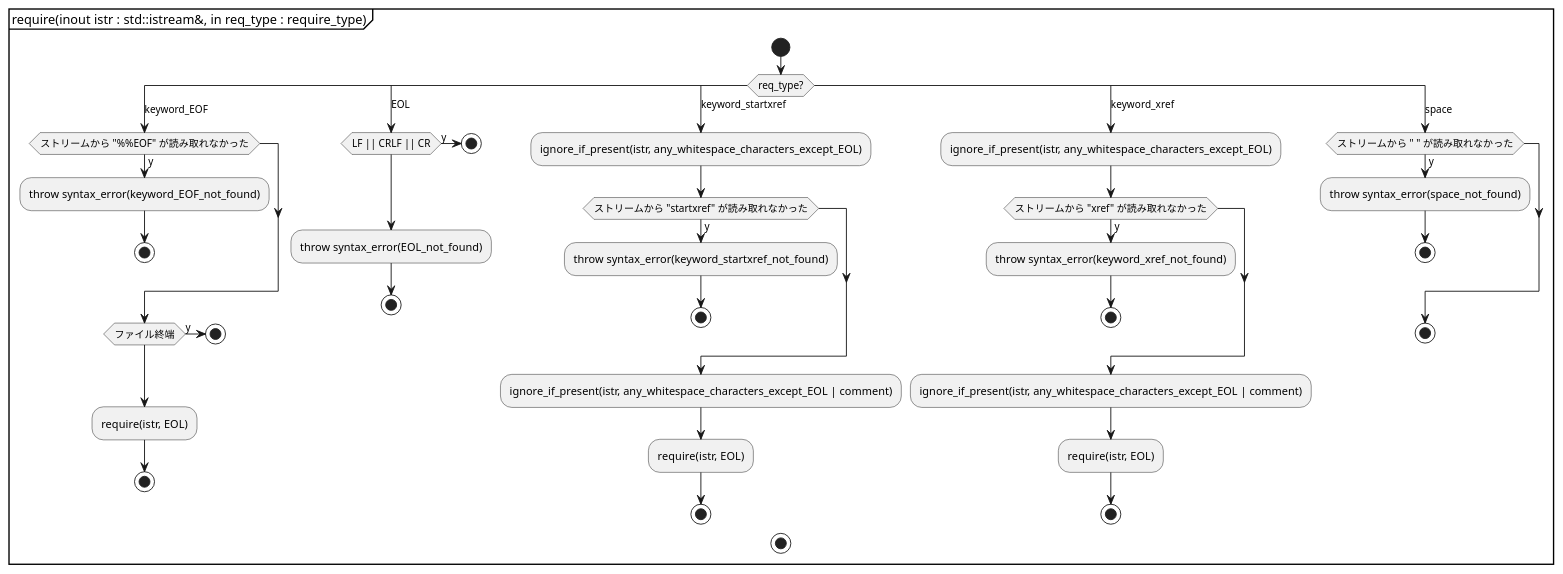
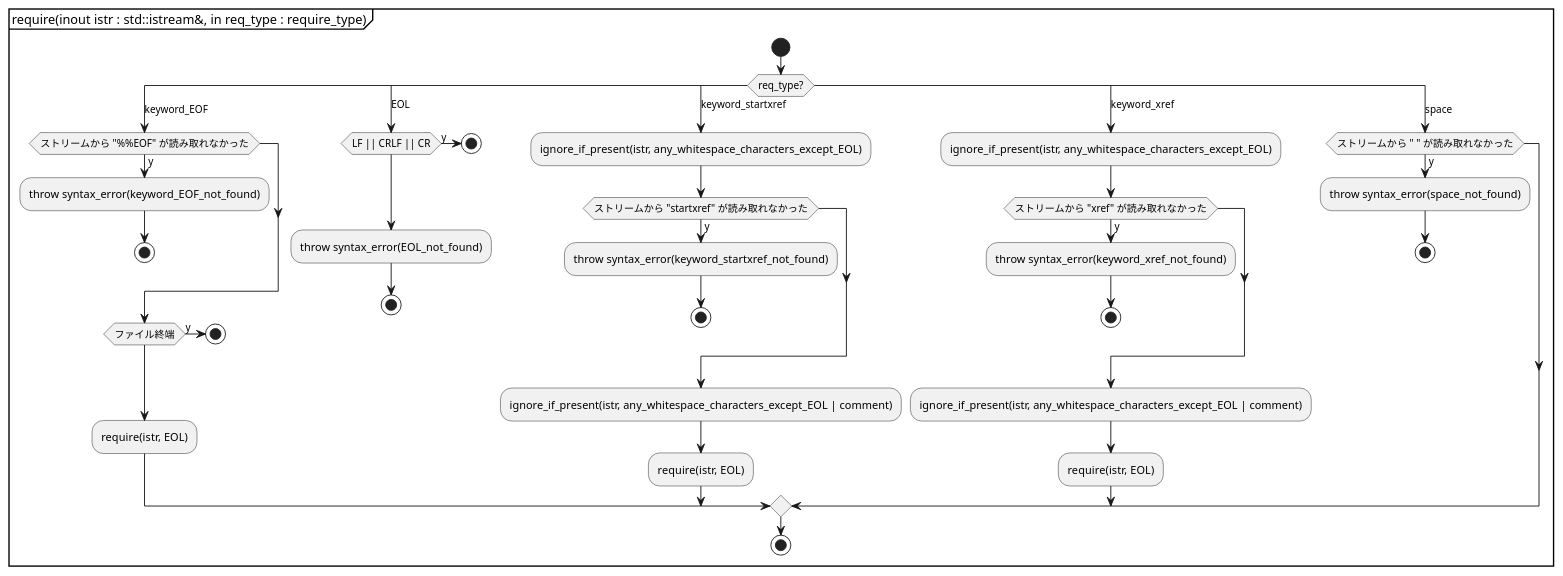
The eighth of 11 diagrams in document/parser.activity.pu (KodaiYM/PDFReader), drawn with PlantUML before and after one commit. The commit also changed 4 other files, not shown here.

```diff
--- a/document/parser.activity.pu
+++ b/document/parser.activity.pu
@@ -164,51 +164,47 @@
 @startuml require
 partition "require(inout istr : std::istream&, in req_type : require_type)" {
 start
 	switch (req_type?)
 	case (keyword_EOF)
 		if (ストリームから "%%EOF" が読み取れなかった) then (y)
 			:throw syntax_error(keyword_EOF_not_found);
 			stop
 		endif
 
 		if (ファイル終端) then (y)
 			stop
 		endif
 
 		:require(istr, EOL);
-		stop
 	case (EOL)
 		if (LF || CRLF || CR) then (y)
 			stop
 		endif
 
 		:throw syntax_error(EOL_not_found);
 		stop
 	case (keyword_startxref)
 		:ignore_if_present(istr, any_whitespace_characters_except_EOL);
 		if (ストリームから "startxref" が読み取れなかった) then (y)
 			:throw syntax_error(keyword_startxref_not_found);
 			stop
 		endif
 		:ignore_if_present(istr, any_whitespace_characters_except_EOL | comment);
 		:require(istr, EOL);
-		stop
 	case (keyword_xref)
 		:ignore_if_present(istr, any_whitespace_characters_except_EOL);
 		if (ストリームから "xref" が読み取れなかった) then (y)
 			:throw syntax_error(keyword_xref_not_found);
 			stop
 		endif
 		:ignore_if_present(istr, any_whitespace_characters_except_EOL | comment);
 		:require(istr, EOL);
-		stop
 	case (space)
 		if (ストリームから " " が読み取れなかった) then (y)
 			:throw syntax_error(space_not_found);
 			stop
 		endif
-		stop
 	endswitch
 stop
 }
 @enduml
```
